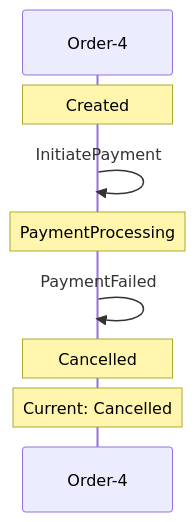
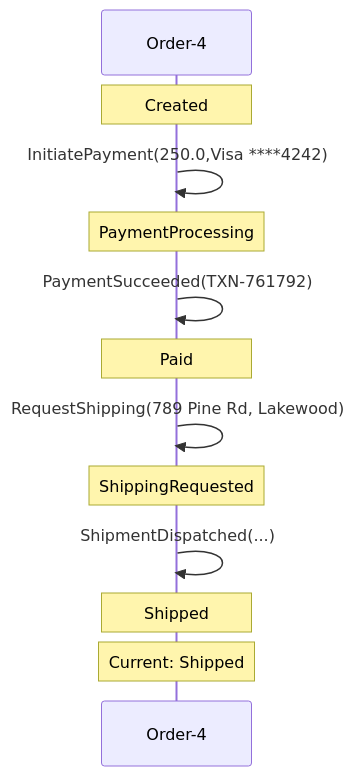
One commit to Iterable/mechanoid changed the second of 3 diagrams in docs/visualizations/order-4-trace.md. Above: the diagram before and after it, drawn with Mermaid. The commit also changed other lines of this file and 33 other files, not shown here.

````diff
--- a/docs/visualizations/order-4-trace.md
+++ b/docs/visualizations/order-4-trace.md
@@ -32,10 +60,14 @@
 ```mermaid
 sequenceDiagram
     participant FSM as Order-4
     Note over FSM: Created
-    FSM->>FSM: InitiatePayment
+    FSM->>FSM: InitiatePayment(250.0,Visa ****4242)
     Note over FSM: PaymentProcessing
-    FSM->>FSM: PaymentFailed
-    Note over FSM: Cancelled
-    Note over FSM: Current: Cancelled
+    FSM->>FSM: PaymentSucceeded(TXN-761792)
+    Note over FSM: Paid
+    FSM->>FSM: RequestShipping(789 Pine Rd, Lakewood)
+    Note over FSM: ShippingRequested
+    FSM->>FSM: ShipmentDispatched(...)
+    Note over FSM: Shipped
+    Note over FSM: Current: Shipped
 ```
````
